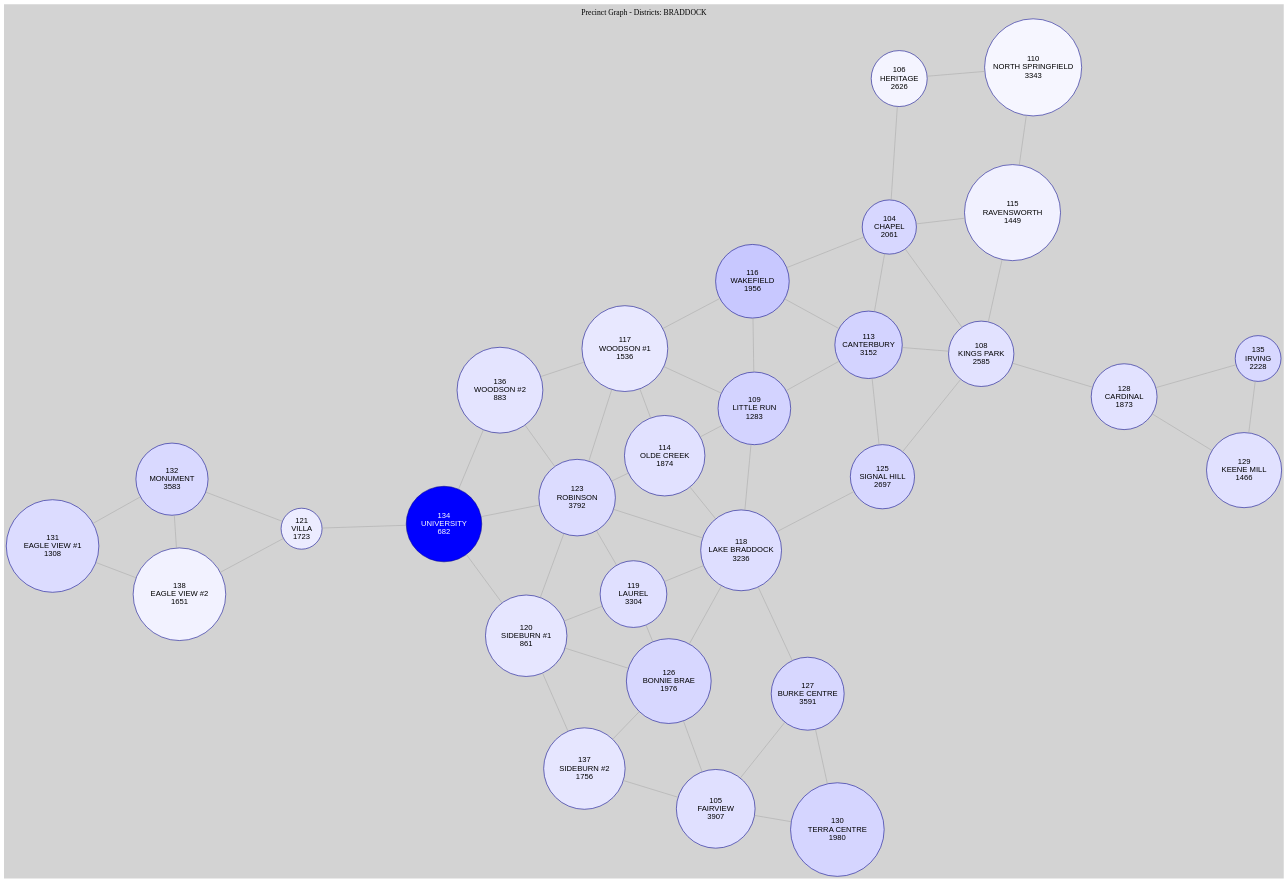
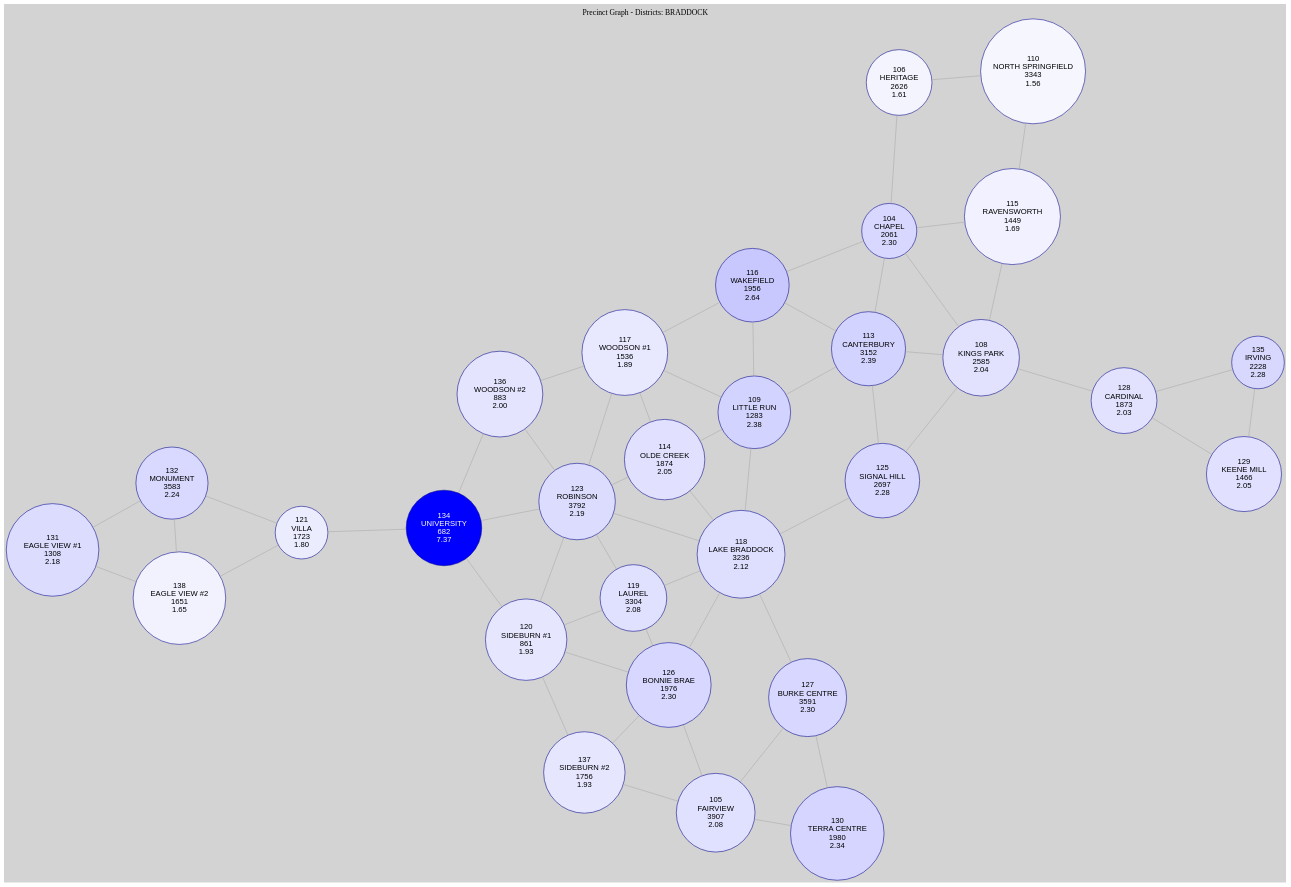
One commit to osistlk/Documents changed the diagram in data/precinct_graph.dot. Above: the diagram before and after it, drawn with Graphviz. The commit also changed 2 other files, not shown here.

Commit message:
Add ratio to precinct labels in DOT file and update graph generation in createPrecinctGraph.js

```diff
--- a/data/precinct_graph.dot
+++ b/data/precinct_graph.dot
@@ -1,93 +1,93 @@
 graph G {
     layout=neato;
     overlap=false;
     splines=true;
     node [shape=circle, style=filled, color=darkblue, fontname="Arial"];
     edge [color=darkgray];
     bgcolor="lightgray";
 label="Precinct Graph - Districts: BRADDOCK";
 labelloc="t";
-138 [label="138\nEAGLE VIEW #2\n1651", fillcolor="#f2f2ff", fontcolor="black", width="0.8451497312515996", height="0.8451497312515996"];
-137 [label="137\nSIDEBURN #2\n1756", fillcolor="#e6e6ff", fontcolor="black", width="0.8988994113130279", height="0.8988994113130279"];
-136 [label="136\nWOODSON #2\n883", fillcolor="#e4e4ff", fontcolor="black", width="0.5", height="0.5"];
-135 [label="135\nIRVING\n2228", fillcolor="#d8d8ff", fontcolor="black", width="1.1405170207320194", height="1.1405170207320194"];
-134 [label="134\nUNIVERSITY\n682", fillcolor="#0000ff", fontcolor="white", width="0.5", height="0.5"];
+138 [label="138\nEAGLE VIEW #2\n1651\n1.65", fillcolor="#f2f2ff", fontcolor="black", width="0.8451497312515996", height="0.8451497312515996"];
+137 [label="137\nSIDEBURN #2\n1756\n1.93", fillcolor="#e6e6ff", fontcolor="black", width="0.8988994113130279", height="0.8988994113130279"];
+136 [label="136\nWOODSON #2\n883\n2.00", fillcolor="#e4e4ff", fontcolor="black", width="0.5", height="0.5"];
+135 [label="135\nIRVING\n2228\n2.28", fillcolor="#d8d8ff", fontcolor="black", width="1.1405170207320194", height="1.1405170207320194"];
+134 [label="134\nUNIVERSITY\n682\n7.37", fillcolor="#0000ff", fontcolor="white", width="0.5", height="0.5"];
 134 -- 136;
-132 [label="132\nMONUMENT\n3583", fillcolor="#d9d9ff", fontcolor="black", width="1.8341438443818787", height="1.8341438443818787"];
+132 [label="132\nMONUMENT\n3583\n2.24", fillcolor="#d9d9ff", fontcolor="black", width="1.8341438443818787", height="1.8341438443818787"];
 132 -- 138;
-131 [label="131\nEAGLE VIEW #1\n1308", fillcolor="#dcdcff", fontcolor="black", width="0.6695674430509342", height="0.6695674430509342"];
+131 [label="131\nEAGLE VIEW #1\n1308\n2.18", fillcolor="#dcdcff", fontcolor="black", width="0.6695674430509342", height="0.6695674430509342"];
 131 -- 132;
 131 -- 138;
-130 [label="130\nTERRA CENTRE\n1980", fillcolor="#d5d5ff", fontcolor="black", width="1.0135653954440746", height="1.0135653954440746"];
-129 [label="129\nKEENE MILL\n1466", fillcolor="#e1e1ff", fontcolor="black", width="0.7504479140005119", height="0.7504479140005119"];
+130 [label="130\nTERRA CENTRE\n1980\n2.34", fillcolor="#d5d5ff", fontcolor="black", width="1.0135653954440746", height="1.0135653954440746"];
+129 [label="129\nKEENE MILL\n1466\n2.05", fillcolor="#e1e1ff", fontcolor="black", width="0.7504479140005119", height="0.7504479140005119"];
 129 -- 135;
-128 [label="128\nCARDINAL\n1873", fillcolor="#e2e2ff", fontcolor="black", width="0.958791911952905", height="0.958791911952905"];
+128 [label="128\nCARDINAL\n1873\n2.03", fillcolor="#e2e2ff", fontcolor="black", width="0.958791911952905", height="0.958791911952905"];
 128 -- 129;
 128 -- 135;
-127 [label="127\nBURKE CENTRE\n3591", fillcolor="#d7d7ff", fontcolor="black", width="1.8382390581008445", height="1.8382390581008445"];
+127 [label="127\nBURKE CENTRE\n3591\n2.30", fillcolor="#d7d7ff", fontcolor="black", width="1.8382390581008445", height="1.8382390581008445"];
 127 -- 130;
-126 [label="126\nBONNIE BRAE\n1976", fillcolor="#d7d7ff", fontcolor="black", width="1.0115177885845918", height="1.0115177885845918"];
+126 [label="126\nBONNIE BRAE\n1976\n2.30", fillcolor="#d7d7ff", fontcolor="black", width="1.0115177885845918", height="1.0115177885845918"];
 126 -- 137;
-125 [label="125\nSIGNAL HILL\n2697", fillcolor="#d7d7ff", fontcolor="black", width="1.3805989250063988", height="1.3805989250063988"];
-123 [label="123\nROBINSON\n3792", fillcolor="#dcdcff", fontcolor="black", width="1.9411313027898645", height="1.9411313027898645"];
+125 [label="125\nSIGNAL HILL\n2697\n2.28", fillcolor="#d7d7ff", fontcolor="black", width="1.3805989250063988", height="1.3805989250063988"];
+123 [label="123\nROBINSON\n3792\n2.19", fillcolor="#dcdcff", fontcolor="black", width="1.9411313027898645", height="1.9411313027898645"];
 123 -- 134;
 123 -- 136;
-121 [label="121\nVILLA\n1723", fillcolor="#ececff", fontcolor="black", width="0.8820066547222933", height="0.8820066547222933"];
+121 [label="121\nVILLA\n1723\n1.80", fillcolor="#ececff", fontcolor="black", width="0.8820066547222933", height="0.8820066547222933"];
 121 -- 132;
 121 -- 134;
 121 -- 138;
-120 [label="120\nSIDEBURN #1\n861", fillcolor="#e6e6ff", fontcolor="black", width="0.5", height="0.5"];
+120 [label="120\nSIDEBURN #1\n861\n1.93", fillcolor="#e6e6ff", fontcolor="black", width="0.5", height="0.5"];
 120 -- 123;
 120 -- 126;
 120 -- 134;
 120 -- 137;
-119 [label="119\nLAUREL\n3304", fillcolor="#e0e0ff", fontcolor="black", width="1.691323265932941", height="1.691323265932941"];
+119 [label="119\nLAUREL\n3304\n2.08", fillcolor="#e0e0ff", fontcolor="black", width="1.691323265932941", height="1.691323265932941"];
 119 -- 120;
 119 -- 123;
 119 -- 126;
-118 [label="118\nLAKE BRADDOCK\n3236", fillcolor="#dedeff", fontcolor="black", width="1.6565139493217302", height="1.6565139493217302"];
+118 [label="118\nLAKE BRADDOCK\n3236\n2.12", fillcolor="#dedeff", fontcolor="black", width="1.6565139493217302", height="1.6565139493217302"];
 118 -- 119;
 118 -- 123;
 118 -- 125;
 118 -- 126;
 118 -- 127;
-117 [label="117\nWOODSON #1\n1536", fillcolor="#e8e8ff", fontcolor="black", width="0.786281034041464", height="0.786281034041464"];
+117 [label="117\nWOODSON #1\n1536\n1.89", fillcolor="#e8e8ff", fontcolor="black", width="0.786281034041464", height="0.786281034041464"];
 117 -- 123;
 117 -- 136;
-116 [label="116\nWAKEFIELD\n1956", fillcolor="#c8c8ff", fontcolor="black", width="1.001279754287177", height="1.001279754287177"];
+116 [label="116\nWAKEFIELD\n1956\n2.64", fillcolor="#c8c8ff", fontcolor="black", width="1.001279754287177", height="1.001279754287177"];
 116 -- 117;
-115 [label="115\nRAVENSWORTH\n1449", fillcolor="#f1f1ff", fontcolor="black", width="0.7417455848477092", height="0.7417455848477092"];
-114 [label="114\nOLDE CREEK\n1874", fillcolor="#e1e1ff", fontcolor="black", width="0.9593038136677758", height="0.9593038136677758"];
+115 [label="115\nRAVENSWORTH\n1449\n1.69", fillcolor="#f1f1ff", fontcolor="black", width="0.7417455848477092", height="0.7417455848477092"];
+114 [label="114\nOLDE CREEK\n1874\n2.05", fillcolor="#e1e1ff", fontcolor="black", width="0.9593038136677758", height="0.9593038136677758"];
 114 -- 117;
 114 -- 118;
 114 -- 123;
-113 [label="113\nCANTERBURY\n3152", fillcolor="#d3d3ff", fontcolor="black", width="1.6135142052725877", height="1.6135142052725877"];
+113 [label="113\nCANTERBURY\n3152\n2.39", fillcolor="#d3d3ff", fontcolor="black", width="1.6135142052725877", height="1.6135142052725877"];
 113 -- 116;
 113 -- 125;
-110 [label="110\nNORTH SPRINGFIELD\n3343", fillcolor="#f6f6ff", fontcolor="black", width="1.7112874328129", height="1.7112874328129"];
+110 [label="110\nNORTH SPRINGFIELD\n3343\n1.56", fillcolor="#f6f6ff", fontcolor="black", width="1.7112874328129", height="1.7112874328129"];
 110 -- 115;
-109 [label="109\nLITTLE RUN\n1283", fillcolor="#d3d3ff", fontcolor="black", width="0.6567699001791656", height="0.6567699001791656"];
+109 [label="109\nLITTLE RUN\n1283\n2.38", fillcolor="#d3d3ff", fontcolor="black", width="0.6567699001791656", height="0.6567699001791656"];
 109 -- 113;
 109 -- 114;
 109 -- 116;
 109 -- 117;
 109 -- 118;
-108 [label="108\nKINGS PARK\n2585", fillcolor="#e2e2ff", fontcolor="black", width="1.3232659329408754", height="1.3232659329408754"];
+108 [label="108\nKINGS PARK\n2585\n2.04", fillcolor="#e2e2ff", fontcolor="black", width="1.3232659329408754", height="1.3232659329408754"];
 108 -- 113;
 108 -- 115;
 108 -- 125;
 108 -- 128;
-106 [label="106\nHERITAGE\n2626", fillcolor="#f4f4ff", fontcolor="black", width="1.3442539032505758", height="1.3442539032505758"];
+106 [label="106\nHERITAGE\n2626\n1.61", fillcolor="#f4f4ff", fontcolor="black", width="1.3442539032505758", height="1.3442539032505758"];
 106 -- 110;
-105 [label="105\nFAIRVIEW\n3907", fillcolor="#e0e0ff", fontcolor="black", width="2", height="2"];
+105 [label="105\nFAIRVIEW\n3907\n2.08", fillcolor="#e0e0ff", fontcolor="black", width="2", height="2"];
 105 -- 126;
 105 -- 127;
 105 -- 130;
 105 -- 137;
-104 [label="104\nCHAPEL\n2061", fillcolor="#d7d7ff", fontcolor="black", width="1.055029434348605", height="1.055029434348605"];
+104 [label="104\nCHAPEL\n2061\n2.30", fillcolor="#d7d7ff", fontcolor="black", width="1.055029434348605", height="1.055029434348605"];
 104 -- 106;
 104 -- 108;
 104 -- 113;
 104 -- 115;
 104 -- 116;
 }
```
